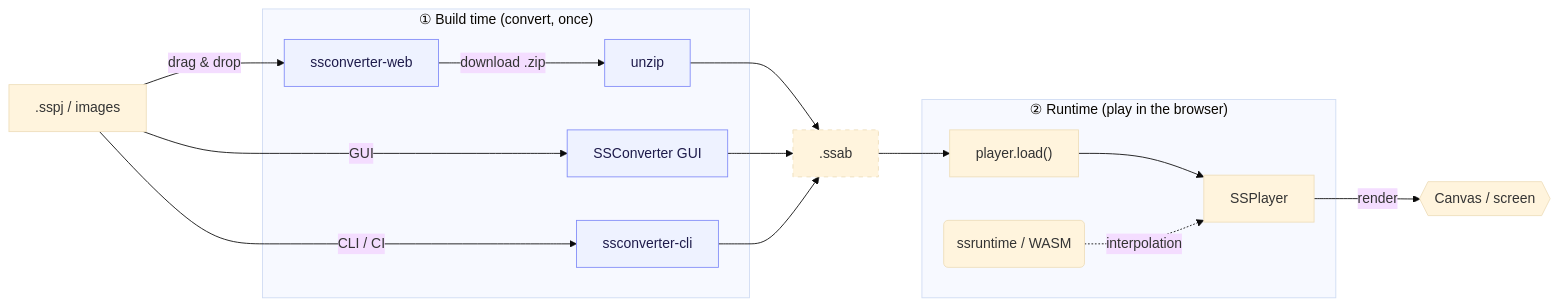
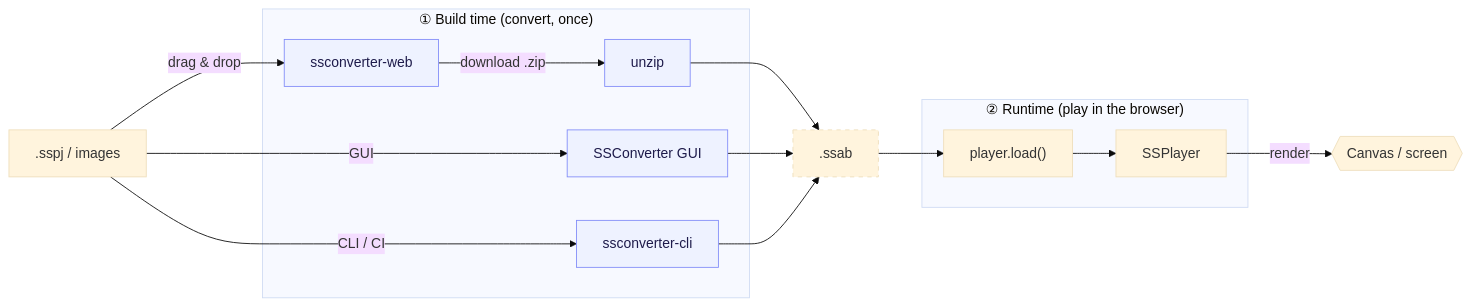
Before and after one commit to cri-middleware/SSPlayerForWeb: the diagram in docs/index.md, drawn with Mermaid (base theme). The commit also changed other lines of this file and 11 other files, not shown here.

````diff
--- a/docs/index.md
+++ b/docs/index.md
@@ -66,38 +66,37 @@
 ```mermaid
 graph LR
     SS[".sspj / images"]
 
     subgraph Build ["① Build time (convert, once)"]
         WEB["ssconverter-web"]
         UNZIP["unzip"]
         GUI["SSConverter GUI"]
         CLI["ssconverter-cli"]
     end
 
     BIN[".ssab"]
 
     subgraph Run ["② Runtime (play in the browser)"]
         LOAD["player.load()"] --> PLAYER["SSPlayer"]
-        RT("ssruntime / WASM") -. "interpolation" .-> PLAYER
     end
 
     CANVAS{{"Canvas / screen"}}
 
     SS -->|"drag & drop"| WEB
     WEB -->|"download .zip"| UNZIP
     UNZIP --> BIN
 
     SS -->|"GUI"| GUI
     GUI --> BIN
 
     SS -->|"CLI / CI"| CLI
     CLI --> BIN
 
     BIN --> LOAD
     PLAYER -->|"render"| CANVAS
 
     classDef gen stroke-dasharray:5 5;
     class BIN gen;
     classDef tool fill:#eef2ff,stroke:#818cf8,color:#1e1b4b;
     class WEB,UNZIP,GUI,CLI tool;
 ```
````
